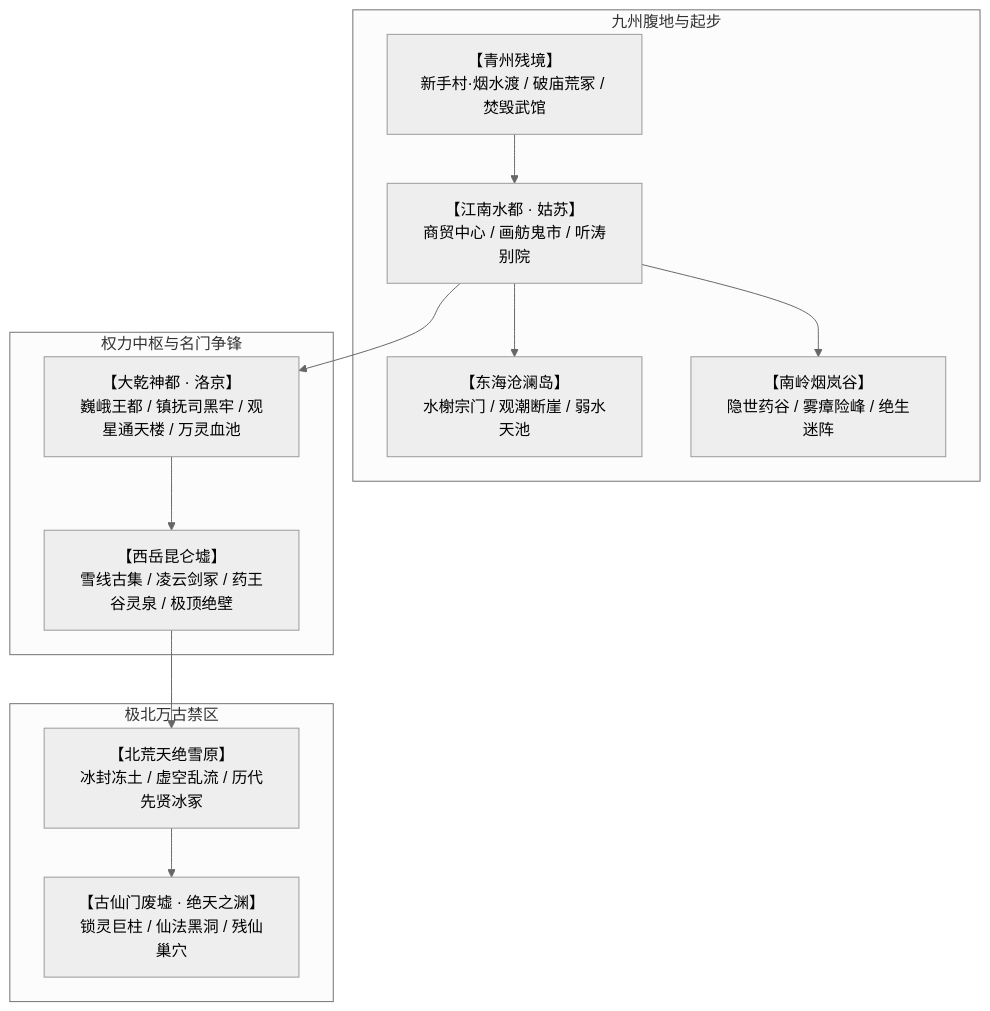
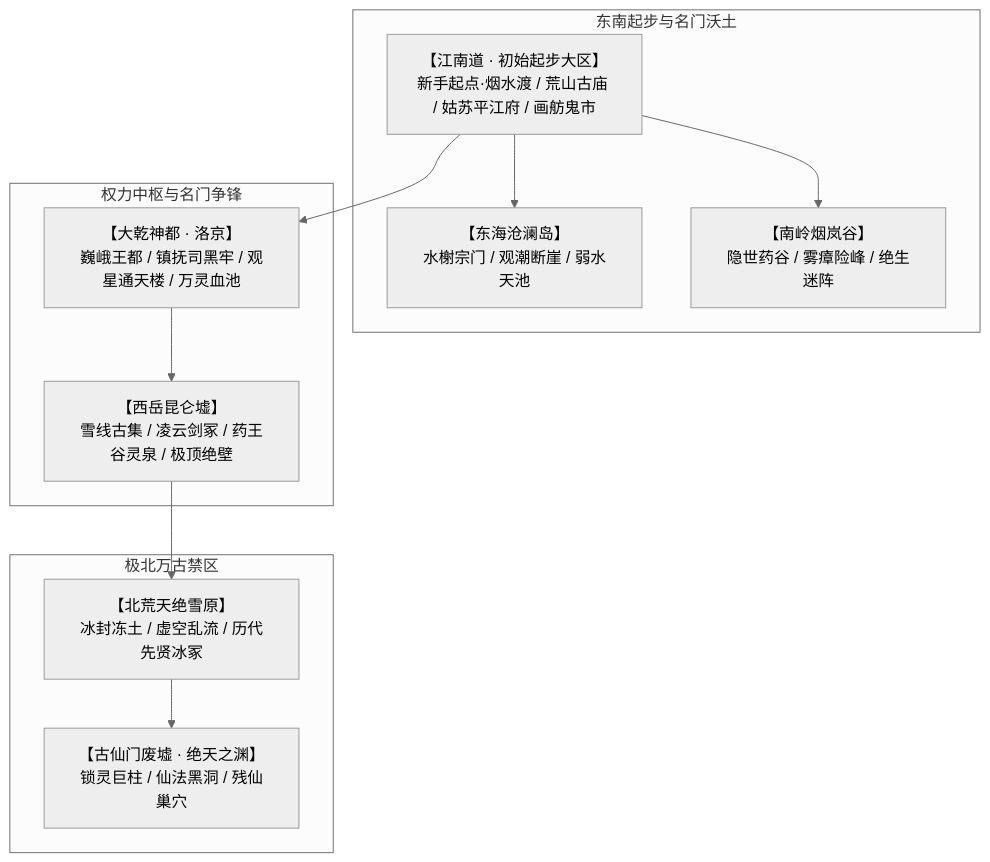
The first of 3 diagrams in docs/game-design/04-world-map-and-dungeons.md (yup-21/game-dev), drawn with Mermaid (neutral theme) before and after one commit. The commit also changed other lines of this file and 12 other files, not shown here.

````diff
--- a/docs/game-design/04-world-map-and-dungeons.md
+++ b/docs/game-design/04-world-map-and-dungeons.md
@@ -11,18 +12,17 @@
 ```mermaid
 graph TD
-    subgraph 九州腹地与起步
-        QZ["【青州残境】\n新手村·烟水渡 / 破庙荒冢 / 焚毁武馆"] --> JN["【江南水都 · 姑苏】\n商贸中心 / 画舫鬼市 / 听涛别院"]
-        JN --> CL["【东海沧澜岛】\n水榭宗门 / 观潮断崖 / 弱水天池"]
+    subgraph 东南起步与名门沃土
+        JN["【江南道 · 初始起步大区】\n新手起点·烟水渡 / 荒山古庙 / 姑苏平江府 / 画舫鬼市"] --> CL["【东海沧澜岛】\n水榭宗门 / 观潮断崖 / 弱水天池"]
         JN --> YL["【南岭烟岚谷】\n隐世药谷 / 雾瘴险峰 / 绝生迷阵"]
     end
 
     subgraph 权力中枢与名门争锋
         JN --> SD["【大乾神都 · 洛京】\n巍峨王都 / 镇抚司黑牢 / 观星通天楼 / 万灵血池"]
         SD --> KL["【西岳昆仑墟】\n雪线古集 / 凌云剑冢 / 药王谷灵泉 / 极顶绝壁"]
     end
 
     subgraph 极北万古禁区
         KL --> JT["【北荒天绝雪原】\n冰封冻土 / 虚空乱流 / 历代先贤冰冢"]
         JT --> Gate["【古仙门废墟 · 绝天之渊】\n锁灵巨柱 / 仙法黑洞 / 残仙巢穴"]
     end
 ```
````
